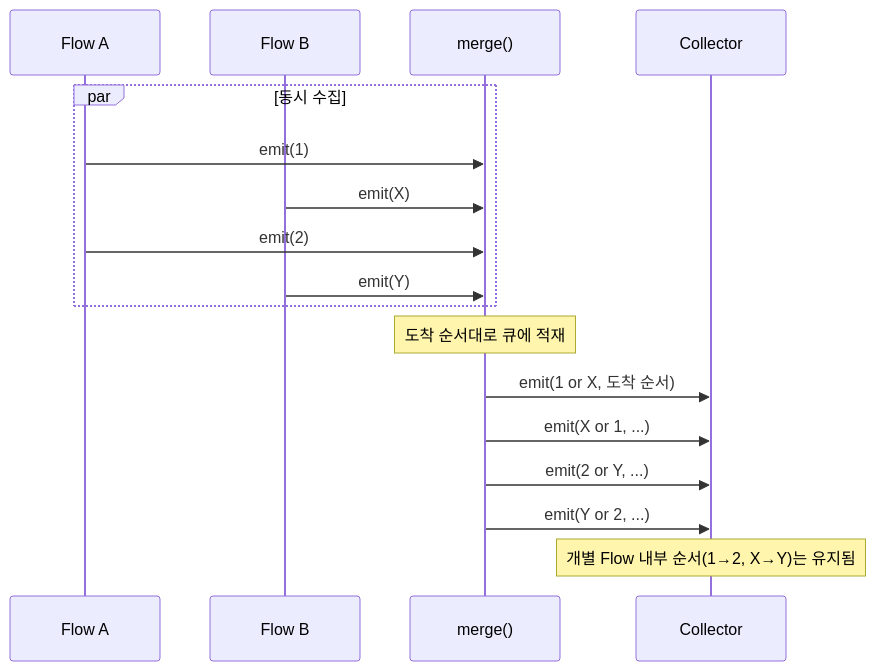
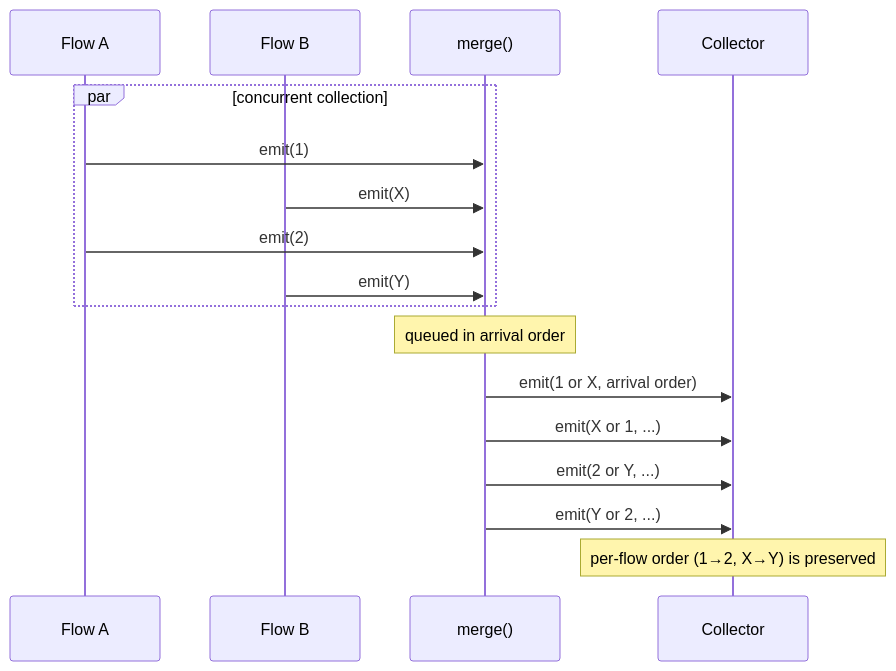
Diagram 12 of 15 in bluetape4k/coroutines/README.md (bluetape4k/bluetape4k-projects), drawn with Mermaid before and after one commit. The commit also changed other lines of this file and 265 other files, not shown here.

````diff
--- a/bluetape4k/coroutines/README.md
+++ b/bluetape4k/coroutines/README.md
@@ -488,20 +490,20 @@
 ```mermaid
 sequenceDiagram
     participant F1 as Flow A
     participant F2 as Flow B
     participant M as merge()
     participant R as Collector
 
-    par 동시 수집
+    par concurrent collection
         F1 ->> M: emit(1)
         F2 ->> M: emit(X)
         F1 ->> M: emit(2)
         F2 ->> M: emit(Y)
     end
-    Note over M: 도착 순서대로 큐에 적재
-    M ->> R: emit(1 or X, 도착 순서)
+    Note over M: queued in arrival order
+    M ->> R: emit(1 or X, arrival order)
     M ->> R: emit(X or 1, ...)
     M ->> R: emit(2 or Y, ...)
     M ->> R: emit(Y or 2, ...)
-    Note over R: 개별 Flow 내부 순서(1→2, X→Y)는 유지됨
+    Note over R: per-flow order (1→2, X→Y) is preserved
 ```
````
